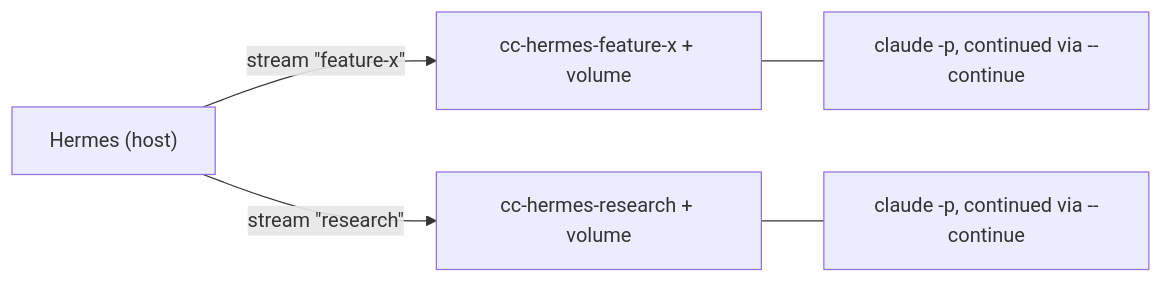
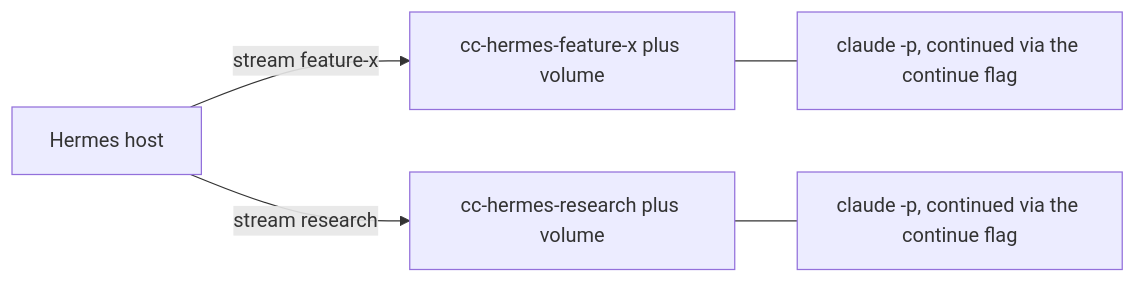
The second of 2 diagrams in README.md (amanasmuei/hermes-claude-code-delegate), drawn with Mermaid before and after one commit. The commit also changed other lines of this file and 1 other file, not shown here.

First line of the commit message:
Remove banner monogram badge; fix Mermaid sequence-diagram parse error

````diff
--- a/README.md
+++ b/README.md
@@ -76,8 +76,8 @@
 ```mermaid
 flowchart LR
-    H["Hermes (host)"]
-    H -->|stream &quot;feature-x&quot;| A["cc-hermes-feature-x + volume"]
-    H -->|stream &quot;research&quot;| B["cc-hermes-research + volume"]
-    A --- A2["claude -p, continued via --continue"]
-    B --- B2["claude -p, continued via --continue"]
+    H["Hermes host"]
+    H -->|stream feature-x| A["cc-hermes-feature-x plus volume"]
+    H -->|stream research| B["cc-hermes-research plus volume"]
+    A --- A2["claude -p, continued via the continue flag"]
+    B --- B2["claude -p, continued via the continue flag"]
 ```
````
